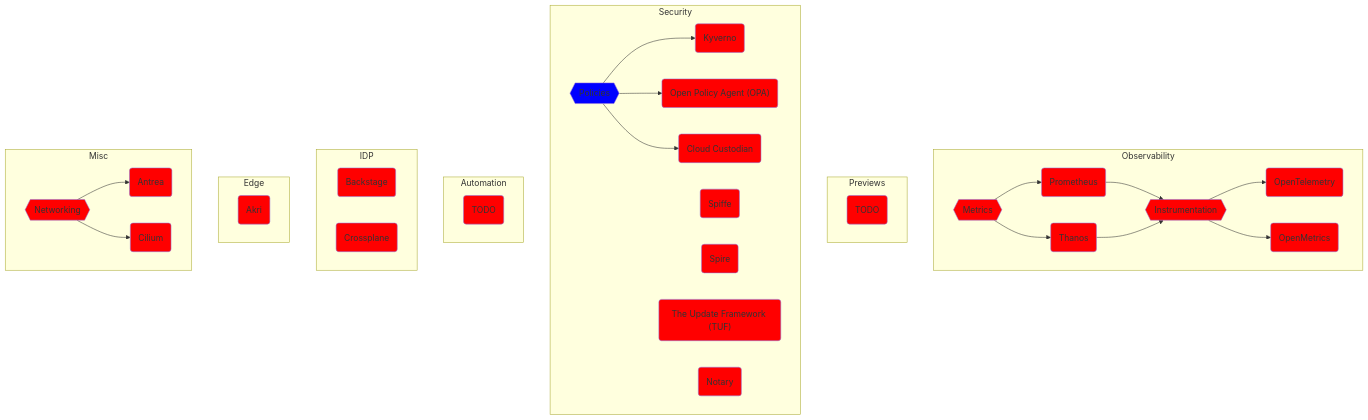
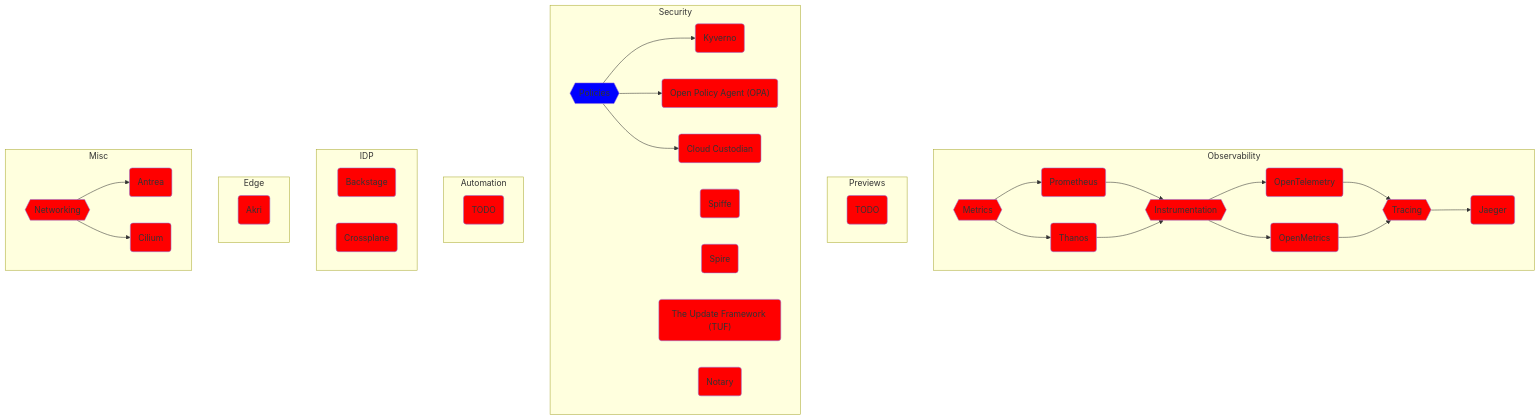
Before and after one commit to vfarcic/cncf-demo: the second of 2 diagrams in solution.md, drawn with Mermaid. The commit also changed other lines of this file, not shown here.

```diff
--- a/solution.md
+++ b/solution.md
@@ -441,8 +441,19 @@
         style instrumentation-open-metrics fill:red
 
         %% -- Instrumentation Connections --
-        instrumentation-->instrumentation-open-telemetry
-        instrumentation-->instrumentation-open-metrics
+        instrumentation-->instrumentation-open-telemetry-->tracing
+        instrumentation-->instrumentation-open-metrics-->tracing
+
+        %% -------------
+        %% -- Tracing --
+        %% -------------
+        tracing{{Tracing}}
+        style tracing fill:red
+        tracing-jaeger(Jaeger)
+        style tracing-jaeger fill:red
+
+        %% -- Tracing Connections --
+        tracing-->tracing-jaeger
 
     end
 
```
